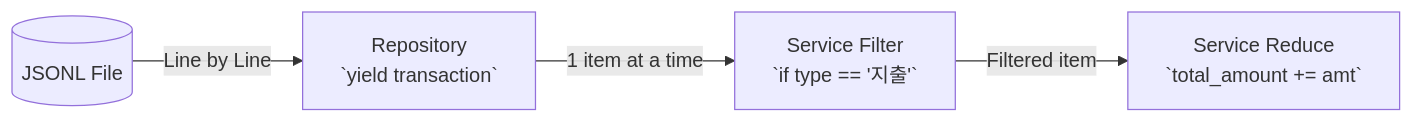
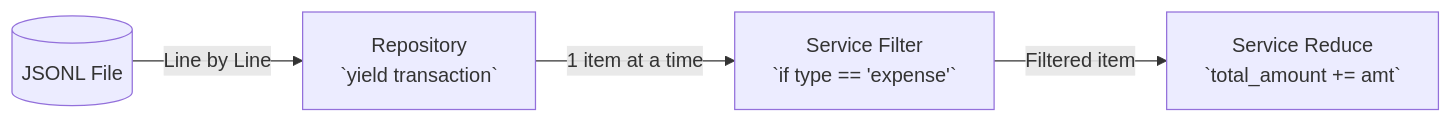
Before and after one commit to ChoMyeongHwan/console-pocket-book: the diagram in docs/learning/02_generator_streaming.md, drawn with Mermaid. The commit also changed other lines of this file and 16 other files, not shown here.

````diff
--- a/docs/learning/02_generator_streaming.md
+++ b/docs/learning/02_generator_streaming.md
@@ -34,6 +58,6 @@
 ```mermaid
 flowchart LR
     File[(JSONL File)] -->|Line by Line| Repo[Repository\n`yield transaction`]
-    Repo -->|1 item at a time| Filter[Service Filter\n`if type == '지출'`]
+    Repo -->|1 item at a time| Filter[Service Filter\n`if type == 'expense'`]
     Filter -->|Filtered item| Sum[Service Reduce\n`total_amount += amt`]
 ```
````
